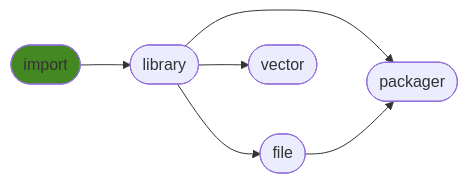
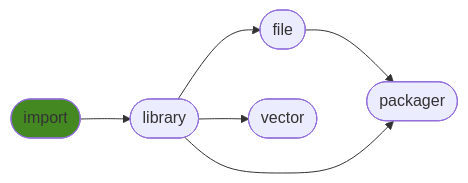
The diagram in README.md (ManderaGeneral/generalimport), drawn with Mermaid before and after one commit. The commit also changed other lines of this file, not shown here.

````diff
--- a/README.md
+++ b/README.md
@@ -20,14 +20,14 @@
 ```mermaid
 flowchart LR
+2([file]) --> 4([packager])
+0([import]) --> 1([library])
+1([library]) --> 2([file])
+1([library]) --> 3([vector])
 1([library]) --> 4([packager])
-1([library]) --> 2([file])
-0([import]) --> 1([library])
-2([file]) --> 4([packager])
-1([library]) --> 3([vector])
 click 0 "https://github.com/ManderaGeneral/generalimport"
 click 1 "https://github.com/ManderaGeneral/generallibrary"
 click 2 "https://github.com/ManderaGeneral/generalfile"
 click 3 "https://github.com/ManderaGeneral/generalvector"
 click 4 "https://github.com/ManderaGeneral/generalpackager"
 style 0 fill:#482
 ```
````
